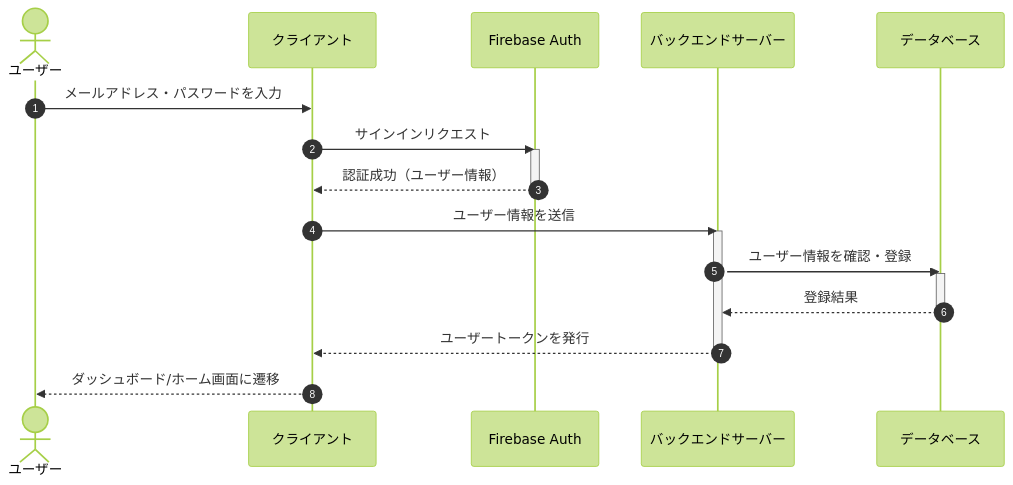
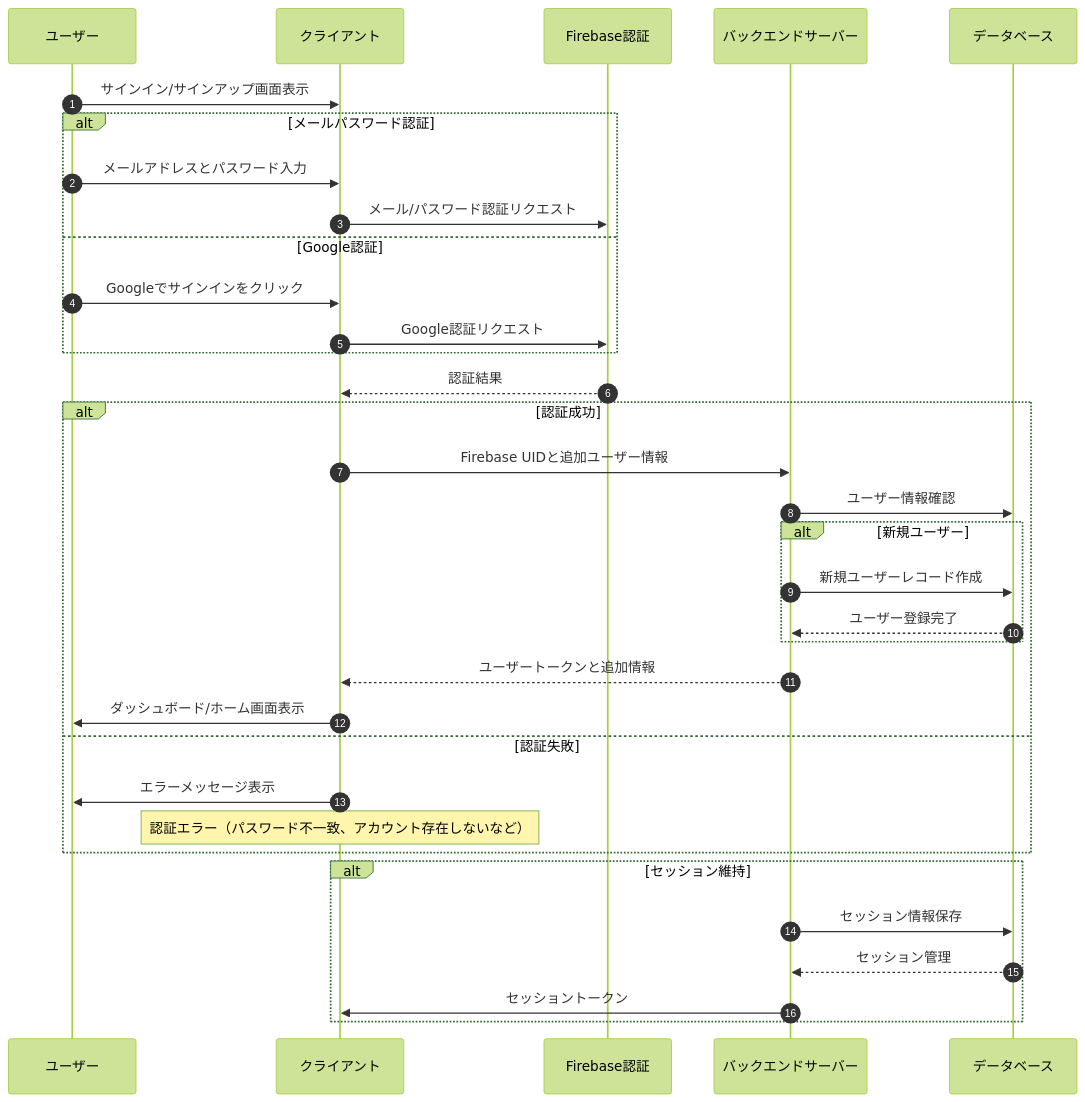
One commit to sc-hosokawa/frienda changed the first of 13 diagrams in docs/sequence-diagrams.md. Above: the diagram before and after it, drawn with Mermaid (forest theme). The commit also changed other lines of this file, not shown here.

First line of the commit message:
docs: Notion図に合わせてシーケンス図を修正し景品交換フローを追加

````diff
--- a/docs/sequence-diagrams.md
+++ b/docs/sequence-diagrams.md
@@ -28,27 +29,40 @@
 ```mermaid
 sequenceDiagram
     autonumber
 
-    actor User as ユーザー
-    participant Client as クライアント
-    participant Firebase as Firebase Auth
-    participant Server as バックエンドサーバー
-    participant DB as データベース
+    participant ユーザー
+    participant クライアント
+    participant Firebase認証
+    participant バックエンドサーバー
+    participant データベース
 
-    User->>Client: メールアドレス・パスワードを入力
-    Client->>Firebase: サインインリクエスト
-    activate Firebase
-    Firebase-->>Client: 認証成功（ユーザー情報）
-    deactivate Firebase
+    ユーザー->>クライアント: サインイン/サインアップ画面表示
+    alt メールパスワード認証
+        ユーザー->>クライアント: メールアドレスとパスワード入力
+        クライアント->>Firebase認証: メール/パスワード認証リクエスト
+    else Google認証
+        ユーザー->>クライアント: Googleでサインインをクリック
+        クライアント->>Firebase認証: Google認証リクエスト
+    end
 
-    Client->>Server: ユーザー情報を送信
-    activate Server
-    Server->>DB: ユーザー情報を確認・登録
-    activate DB
-    DB-->>Server: 登録結果
-    deactivate DB
-    Server-->>Client: ユーザートークンを発行
-    deactivate Server
+    Firebase認証-->>クライアント: 認証結果
+    alt 認証成功
+        クライアント->>バックエンドサーバー: Firebase UIDと追加ユーザー情報
+        バックエンドサーバー->>データベース: ユーザー情報確認
+        alt 新規ユーザー
+            バックエンドサーバー->>データベース: 新規ユーザーレコード作成
+            データベース-->>バックエンドサーバー: ユーザー登録完了
+        end
+        バックエンドサーバー-->>クライアント: ユーザートークンと追加情報
+        クライアント->>ユーザー: ダッシュボード/ホーム画面表示
+    else 認証失敗
+        クライアント->>ユーザー: エラーメッセージ表示
+        note over クライアント: 認証エラー（パスワード不一致、アカウント存在しないなど）
+    end
 
-    Client-->>User: ダッシュボード/ホーム画面に遷移
+    alt セッション維持
+        バックエンドサーバー->>データベース: セッション情報保存
+        データベース-->>バックエンドサーバー: セッション管理
+        バックエンドサーバー->>クライアント: セッショントークン
+    end
 ```
````
